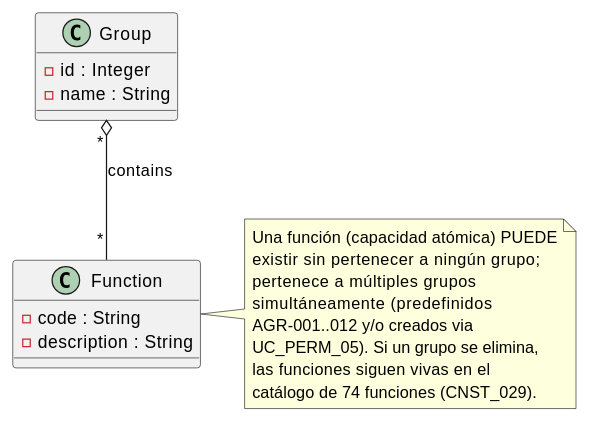
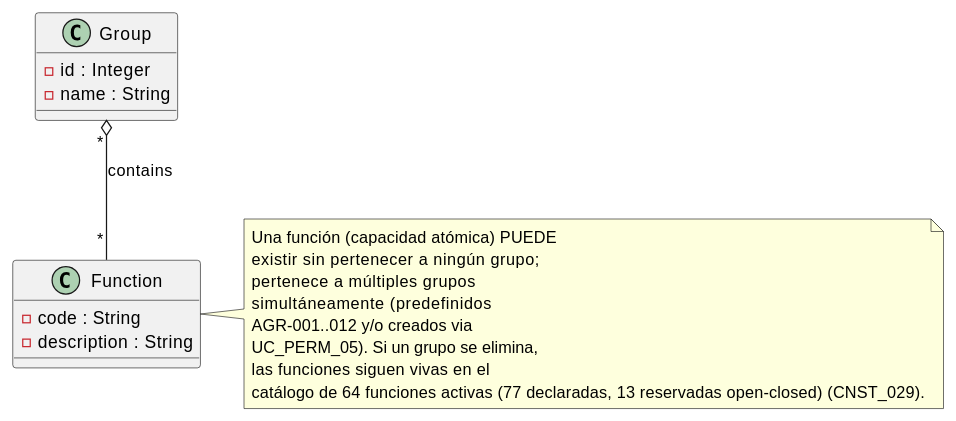
The diagram in source/requisitos/_metodologia-aplicacion/agregacion-interfaces/funcion-grupo-catalogo-rbac-iact.rst (jcg-admin/IACT-docs), drawn with PlantUML before and after one commit. The commit also changed 32 other files, not shown here.

```diff
--- a/source/requisitos/_metodologia-aplicacion/agregacion-interfaces/funcion-grupo-catalogo-rbac-iact.rst
+++ b/source/requisitos/_metodologia-aplicacion/agregacion-interfaces/funcion-grupo-catalogo-rbac-iact.rst
@@ -4,26 +4,26 @@
 .. uml::
 
    @startuml
    allowmixing
 
    class Group {
      - id : Integer
      - name : String
    }
    class Function {
      - code : String
      - description : String
    }
 
    Group "*" o-- "*" Function : contains
    note right of Function
      Una función (capacidad atómica) PUEDE
      existir sin pertenecer a ningún grupo;
      pertenece a múltiples grupos
      simultáneamente (predefinidos
      AGR-001..012 y/o creados via
      UC_PERM_05). Si un grupo se elimina,
      las funciones siguen vivas en el
-     catálogo de 74 funciones (CNST_029).
+     catálogo de 64 funciones activas (77 declaradas, 13 reservadas open-closed) (CNST_029).
    end note
    @enduml
```
